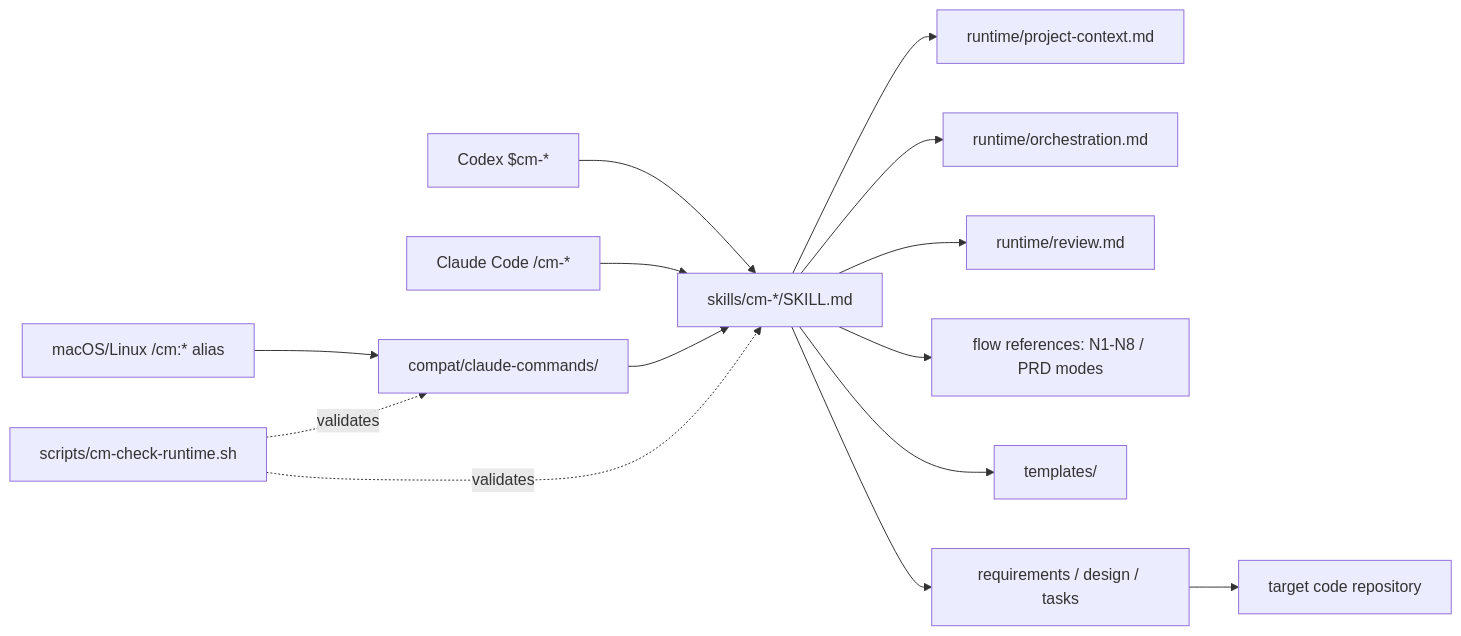
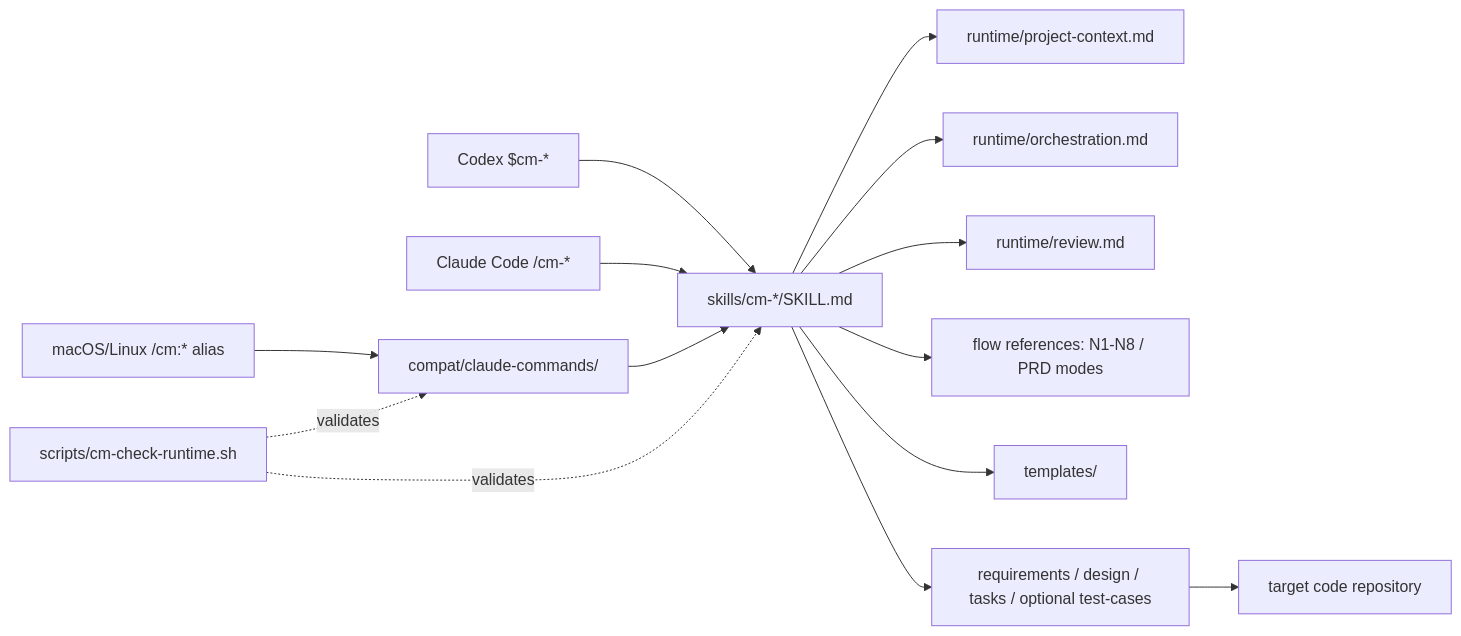
Before and after one commit to kingxiaozhe/cm-workflow: the diagram in docs/architecture.md, drawn with Mermaid. The commit also changed other lines of this file and 23 other files, not shown here.

````diff
--- a/docs/architecture.md
+++ b/docs/architecture.md
@@ -5,16 +5,16 @@
 ```mermaid
 flowchart LR
     Codex["Codex $cm-*"] --> Skills["skills/cm-*/SKILL.md"]
     Claude["Claude Code /cm-*"] --> Skills
     Legacy["macOS/Linux /cm:* alias"] --> Wrappers["compat/claude-commands/"]
     Wrappers --> Skills
     Skills --> Context["runtime/project-context.md"]
     Skills --> Orchestration["runtime/orchestration.md"]
     Skills --> Review["runtime/review.md"]
     Skills --> References["flow references: N1-N8 / PRD modes"]
     Skills --> Templates["templates/"]
-    Skills --> Specs["requirements / design / tasks"]
+    Skills --> Specs["requirements / design / tasks / optional test-cases"]
     Specs --> Target["target code repository"]
     Check["scripts/cm-check-runtime.sh"] -. validates .-> Skills
     Check -. validates .-> Wrappers
 ```
````
